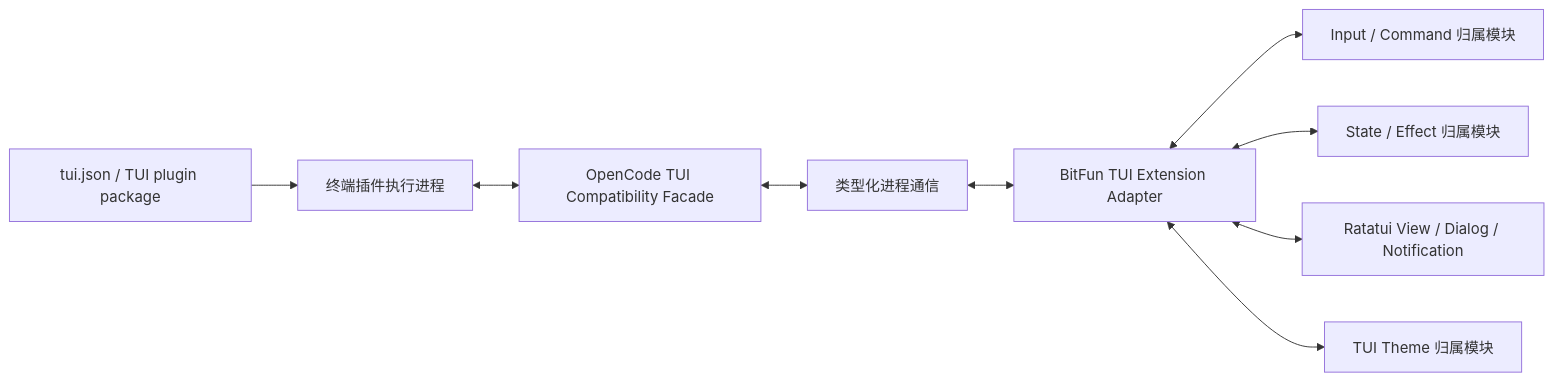
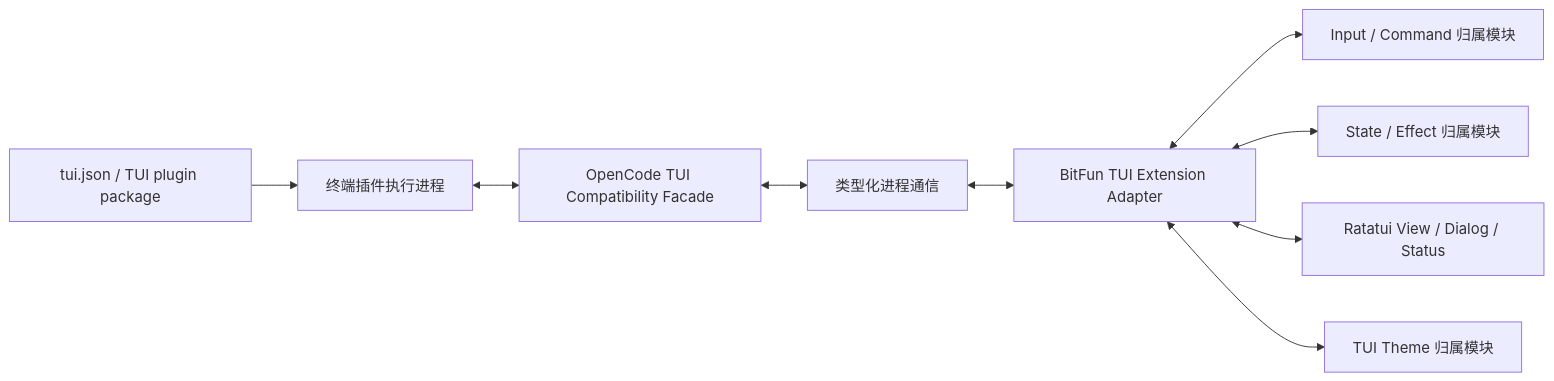
The diagram in docs/architecture/extensions/opencode-tui-plugin-adapter-design.md (1688mengdie/BitFun), drawn with Mermaid before and after one commit. The commit also changed other lines of this file and 7 other files, not shown here.

Commit message:
docs: simplify product architecture evolution

````diff
--- a/docs/architecture/extensions/opencode-tui-plugin-adapter-design.md
+++ b/docs/architecture/extensions/opencode-tui-plugin-adapter-design.md
@@ -49,21 +49,21 @@
 ```mermaid
 flowchart LR
   Config["tui.json / TUI plugin package"]
   TuiWorker["终端插件执行进程"]
   TuiFacade["OpenCode TUI Compatibility Facade"]
   Bridge["类型化进程通信"]
   Adapter["BitFun TUI Extension Adapter"]
   Input["Input / Command 归属模块"]
   State["State / Effect 归属模块"]
-  View["Ratatui View / Dialog / Notification"]
+  View["Ratatui View / Dialog / Status"]
   Theme["TUI Theme 归属模块"]
 
   Config --> TuiWorker
   TuiWorker <--> TuiFacade
   TuiFacade <--> Bridge
   Bridge <--> Adapter
   Adapter <--> Input
   Adapter <--> State
   Adapter <--> View
   Adapter <--> Theme
 ```
````
